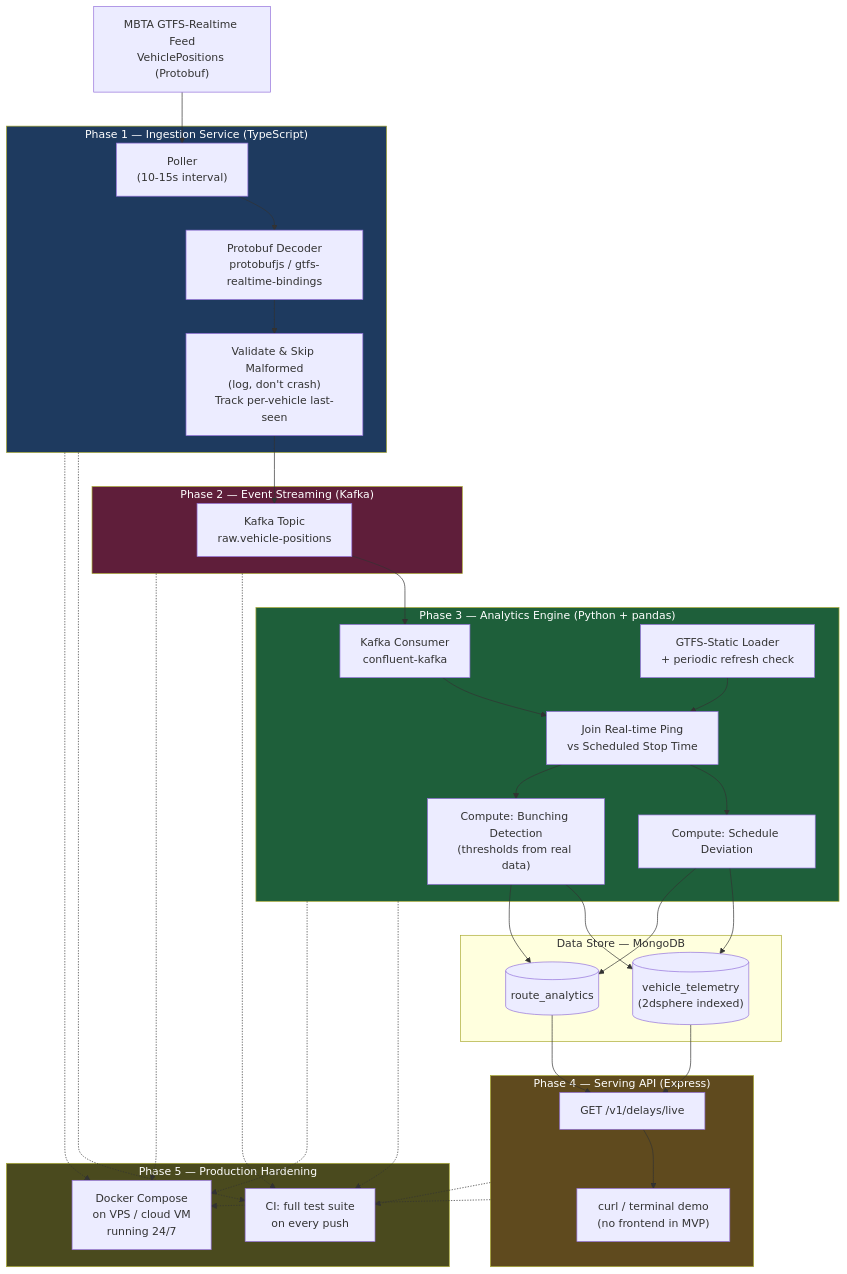
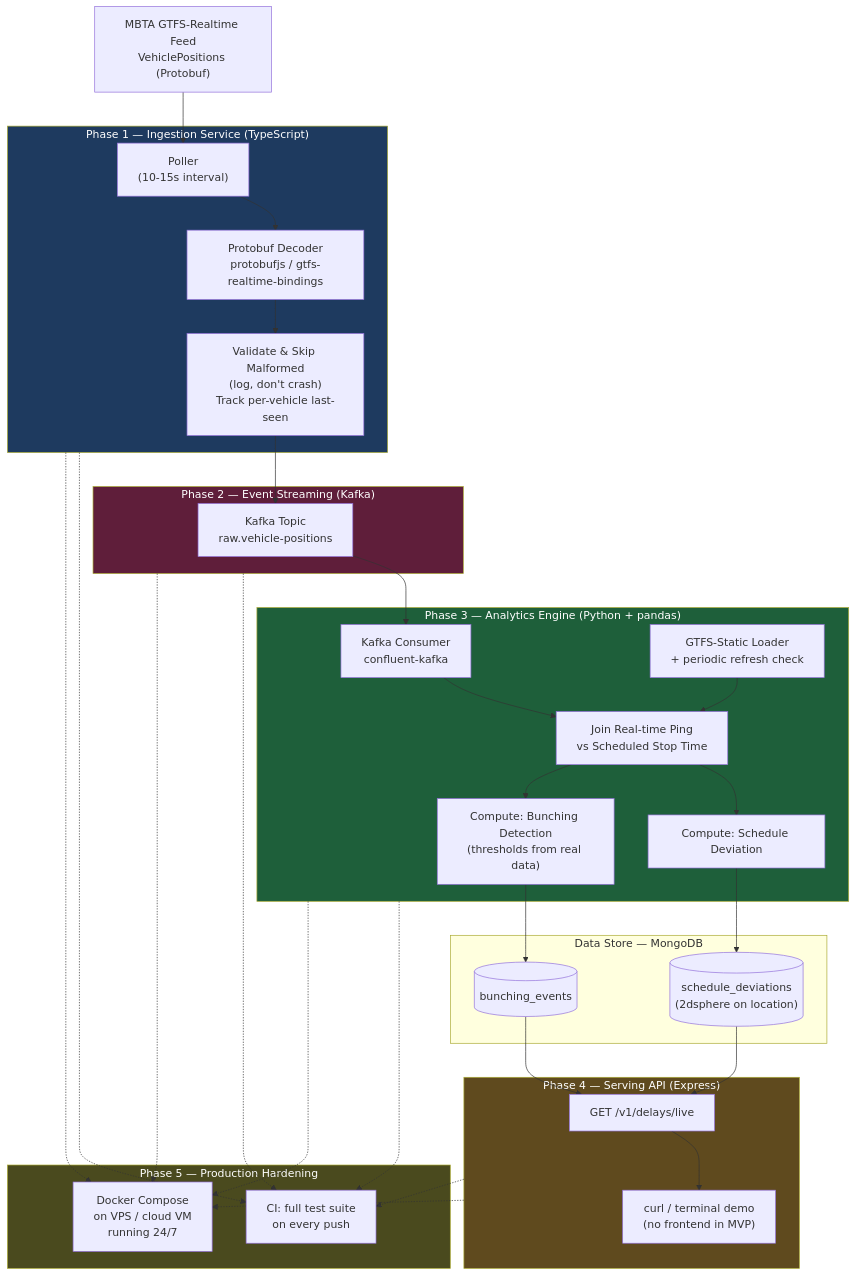
One commit to EderGtz/GTFS-Realtime-Stream-Engine changed the diagram in README.md. Above: the diagram before and after it, drawn with Mermaid. The commit also changed other lines of this file and 5 other files, not shown here.

Commit message:
feat(docs): update README to reflect changes in MongoDB schema and analytics engine details such as known limitations

````diff
--- a/README.md
+++ b/README.md
@@ -326,63 +367,61 @@
 ```mermaid
 flowchart TD
     FEED["MBTA GTFS-Realtime Feed\nVehiclePositions (Protobuf)"]
 
     subgraph P1["Phase 1 — Ingestion Service (TypeScript)"]
         POLL["Poller\n(10-15s interval)"]
         DECODE["Protobuf Decoder\nprotobufjs / gtfs-realtime-bindings"]
         VALIDATE["Validate & Skip Malformed\n(log, don't crash)\nTrack per-vehicle last-seen"]
     end
 
     subgraph P2["Phase 2 — Event Streaming (Kafka)"]
         TOPIC["Kafka Topic\nraw.vehicle-positions"]
     end
 
     subgraph P3["Phase 3 — Analytics Engine (Python + pandas)"]
         CONSUME["Kafka Consumer\nconfluent-kafka"]
         STATIC["GTFS-Static Loader\n+ periodic refresh check"]
         JOIN["Join Real-time Ping\nvs Scheduled Stop Time"]
         DELAY["Compute: Schedule Deviation"]
         BUNCH["Compute: Bunching Detection\n(thresholds from real data)"]
     end
 
     subgraph STORE["Data Store — MongoDB"]
-        VT[("vehicle_telemetry\n(2dsphere indexed)")]
-        RA[("route_analytics")]
+        BUNCHING[("bunching_events")]
+        DEVIATIONS[("schedule_deviations\n(2dsphere on location)")]
     end
 
     subgraph P4["Phase 4 — Serving API (Express)"]
         API["GET /v1/delays/live"]
         DEMO["curl / terminal demo\n(no frontend in MVP)"]
     end
 
     subgraph P5["Phase 5 — Production Hardening"]
         DEPLOY["Docker Compose\non VPS / cloud VM\nrunning 24/7"]
         CI["CI: full test suite\non every push"]
     end
 
     FEED --> POLL --> DECODE --> VALIDATE --> TOPIC
     TOPIC --> CONSUME
     STATIC --> JOIN
     CONSUME --> JOIN
-    JOIN --> DELAY --> VT
-    JOIN --> BUNCH --> VT
-    DELAY --> RA
-    BUNCH --> RA
-    VT --> API
-    RA --> API
+    JOIN --> DELAY --> DEVIATIONS
+    JOIN --> BUNCH --> BUNCHING
+    DEVIATIONS --> API
+    BUNCHING --> API
     API --> DEMO
     P1 -.-> CI
     P2 -.-> CI
     P3 -.-> CI
     P4 -.-> CI
     P1 -.-> DEPLOY
     P2 -.-> DEPLOY
     P3 -.-> DEPLOY
     P4 -.-> DEPLOY
 
     style P1 fill:#1e3a5f,color:#fff
     style P2 fill:#5f1e3a,color:#fff
     style P3 fill:#1e5f3a,color:#fff
     style P4 fill:#5f4a1e,color:#fff
     style P5 fill:#4a4a1e,color:#fff
 ```
````
